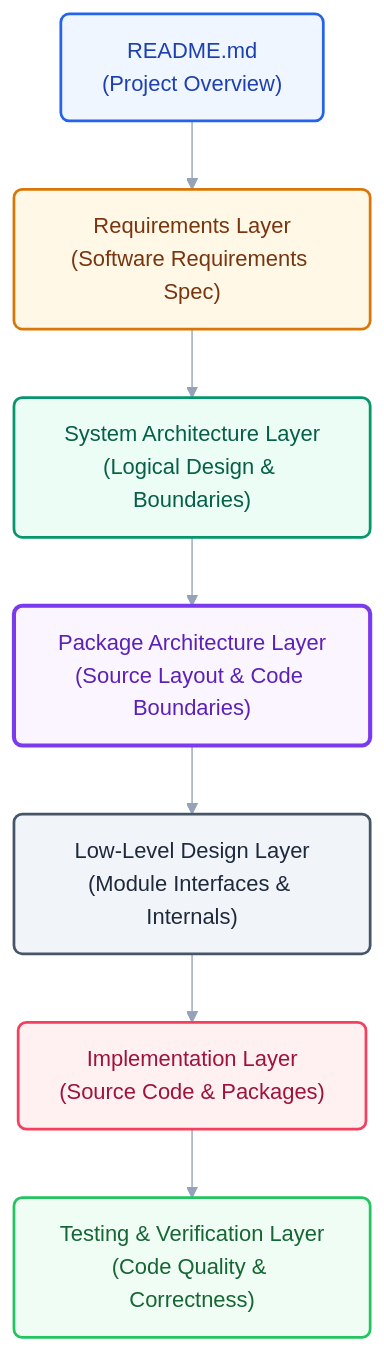
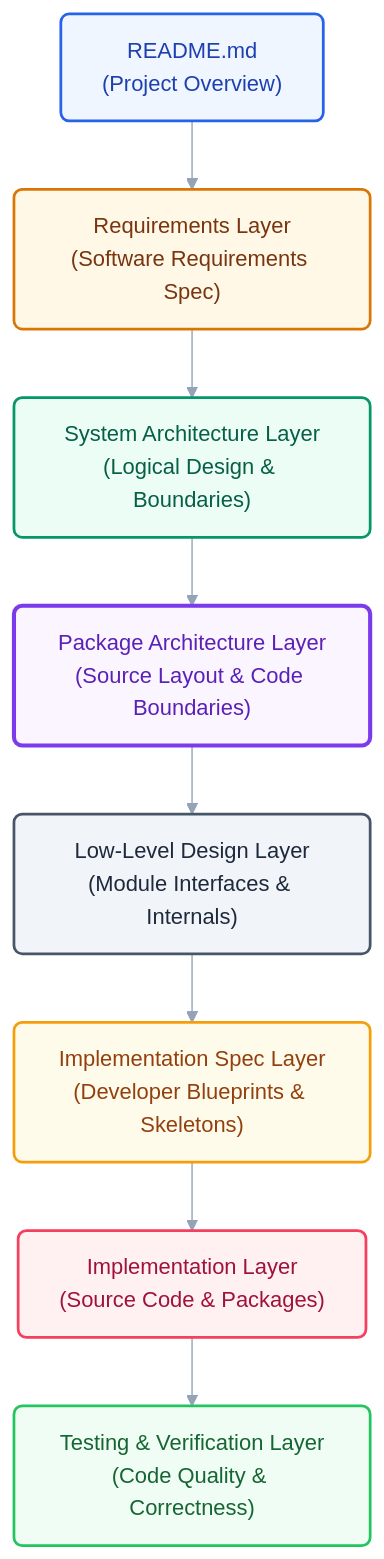
One commit to namanSR-dev/voxcore changed the first of 2 diagrams in docs/00-engineering-documentation-guide.md. Above: the diagram before and after it, drawn with Mermaid. The commit also changed other lines of this file and 1 other file, not shown here.

````diff
--- a/docs/00-engineering-documentation-guide.md
+++ b/docs/00-engineering-documentation-guide.md
@@ -73,26 +77,29 @@
 ```mermaid
 %%{init: {"theme": "base", "themeVariables": {"primaryColor": "#F8FAFC", "primaryTextColor": "#0F172A", "primaryBorderColor": "#64748B", "lineColor": "#94A3B8", "fontFamily": "Inter, sans-serif"}}}%%
 flowchart TD
     readme["README.md<br/>(Project Overview)"]:::projStyle
     srs["Requirements Layer<br/>(Software Requirements Spec)"]:::reqStyle
     sys["System Architecture Layer<br/>(Logical Design & Boundaries)"]:::sysStyle
     pkg["Package Architecture Layer<br/>(Source Layout & Code Boundaries)"]:::pkgStyle
     lld["Low-Level Design Layer<br/>(Module Interfaces & Internals)"]:::lldStyle
+    implspec["Implementation Spec Layer<br/>(Developer Blueprints & Skeletons)"]:::implspecStyle
     impl["Implementation Layer<br/>(Source Code & Packages)"]:::implStyle
     test["Testing & Verification Layer<br/>(Code Quality & Correctness)"]:::testStyle
 
     readme --> srs
     srs --> sys
     sys --> pkg
     pkg --> lld
-    lld --> impl
+    lld --> implspec
+    implspec --> impl
     impl --> test
 
     classDef projStyle fill:#EFF6FF,stroke:#2563EB,color:#1E40AF,stroke-width:2px,rx:6px,ry:6px;
     classDef reqStyle fill:#FFF8E7,stroke:#D97706,color:#78350F,stroke-width:2px,rx:6px,ry:6px;
     classDef sysStyle fill:#ECFDF5,stroke:#059669,color:#065F46,stroke-width:2px,rx:6px,ry:6px;
     classDef pkgStyle fill:#FAF5FF,stroke:#7C3AED,color:#5B21B6,stroke-width:3px,rx:6px,ry:6px;
     classDef lldStyle fill:#F1F5F9,stroke:#475569,color:#1E293B,stroke-width:2px,rx:6px,ry:6px;
+    classDef implspecStyle fill:#FFFBEB,stroke:#F59E0B,color:#92400E,stroke-width:2px,rx:6px,ry:6px;
     classDef implStyle fill:#FFF1F2,stroke:#F43F5E,color:#9F1239,stroke-width:2px,rx:6px,ry:6px;
     classDef testStyle fill:#F0FDF4,stroke:#22C55E,color:#166534,stroke-width:2px,rx:6px,ry:6px;
 ```
````
